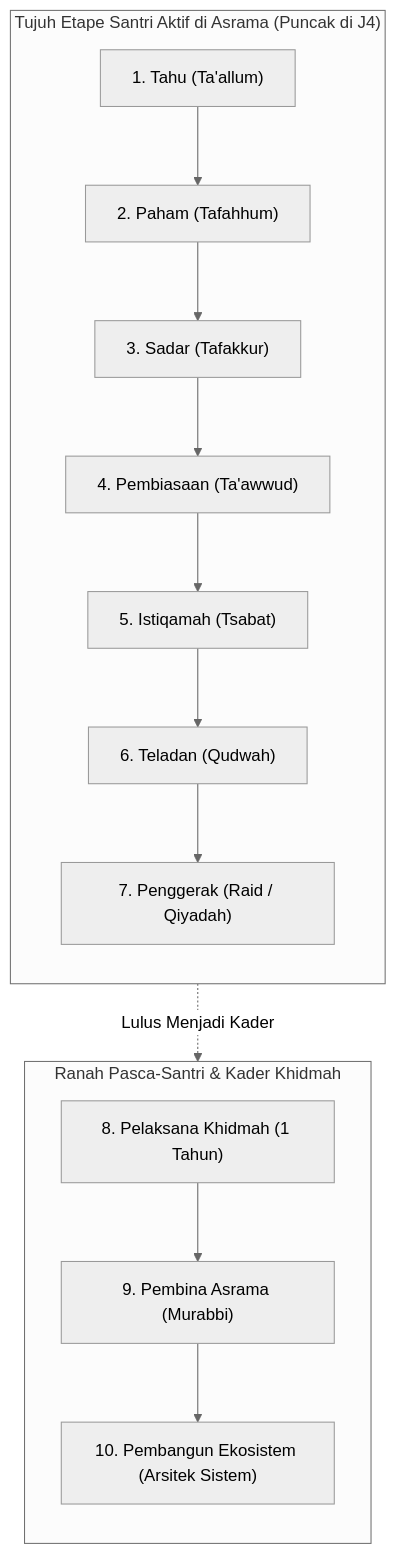
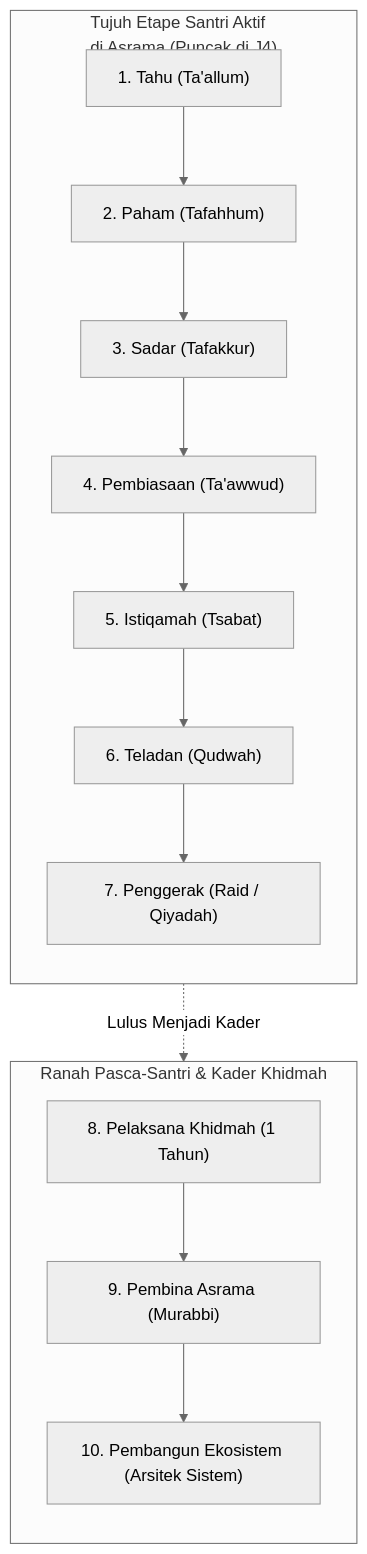
The first of 3 diagrams in BOOK Series 1/01-The-Fundamental-of-TUMBUH/Bab-12-Paradigma-Progresi-Karakter.md (wandiapriliyandi/tumbuh), drawn with Mermaid (neutral theme) before and after one commit. The commit also changed 37 other files, not shown here.

Commit message:
fix(book-01): optimasi pemenggalan teks dan overflow seluruh diagram serta render ulang 20 PDF

````diff
--- a/BOOK Series 1/01-The-Fundamental-of-TUMBUH/Bab-12-Paradigma-Progresi-Karakter.md
+++ b/BOOK Series 1/01-The-Fundamental-of-TUMBUH/Bab-12-Paradigma-Progresi-Karakter.md
@@ -81,22 +81,22 @@
 ```mermaid
 graph TD
-    subgraph SIKLUS_SANTRI["Tujuh Etape Santri Aktif di Asrama (Puncak di J4)"]
+    subgraph SIKLUS_SANTRI["Tujuh Etape Santri Aktif<br/>di Asrama (Puncak di J4)"]
         direction TB
         T1["1. Tahu (Ta'allum)"]
         --> T2["2. Paham (Tafahhum)"]
         --> T3["3. Sadar (Tafakkur)"]
         --> T4["4. Pembiasaan (Ta'awwud)"]
         --> T5["5. Istiqamah (Tsabat)"]
         --> T6["6. Teladan (Qudwah)"]
         --> T7["7. Penggerak (Raid / Qiyadah)"]
     end
     
     subgraph SIKLUS_PASCA_SANTRI["Ranah Pasca-Santri & Kader Khidmah"]
         direction TB
         T8["8. Pelaksana Khidmah (1 Tahun)"]
         --> T9["9. Pembina Asrama (Murabbi)"]
         --> T10["10. Pembangun Ekosistem (Arsitek Sistem)"]
     end
 
     T7 -.->|Lulus Menjadi Kader| T8
 ```
````
